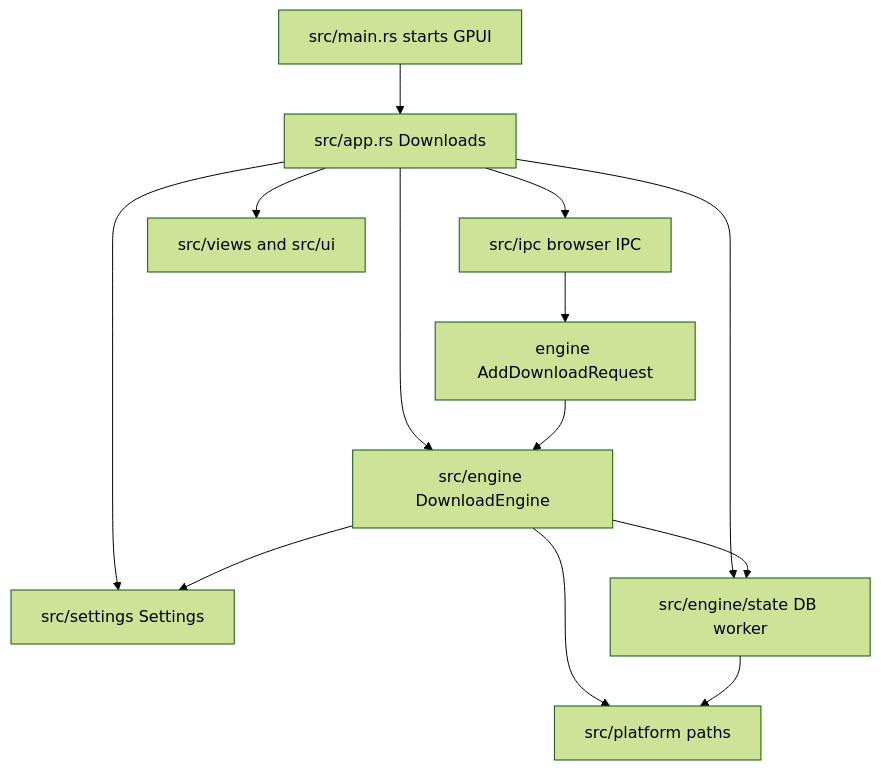
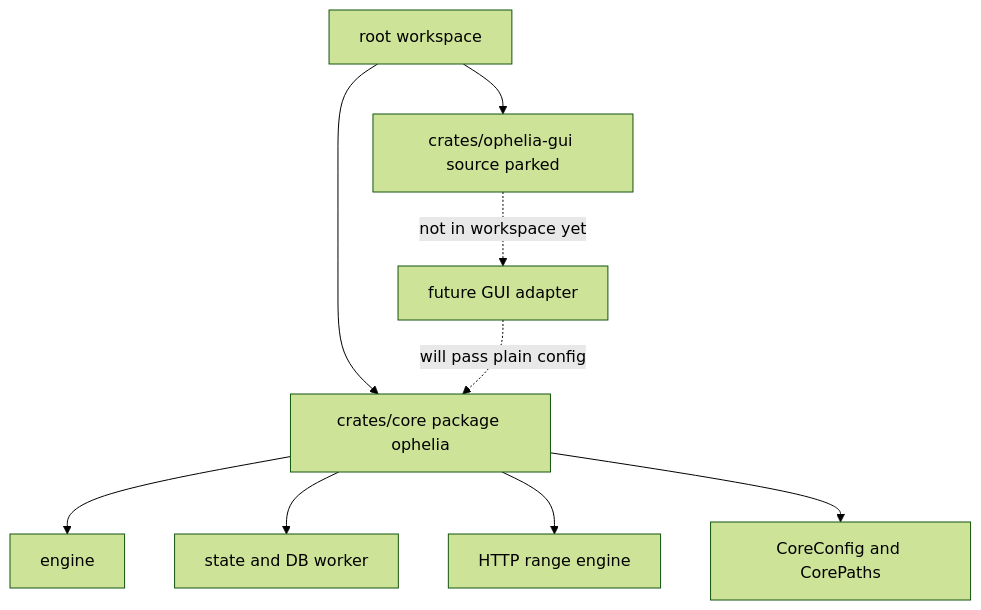
Before and after one commit to ophelianz/ophelia: the first of 9 diagrams in docs/core-diagrams.md, drawn with Mermaid (forest theme). The commit also changed other lines of this file and 106 other files, not shown here.

````diff
--- a/docs/core-diagrams.md
+++ b/docs/core-diagrams.md
@@ -7,15 +7,11 @@
 ```mermaid
 graph TD
-  Main["src/main.rs starts GPUI"] --> App["src/app.rs Downloads"]
-  App --> Engine["src/engine DownloadEngine"]
-  App --> Settings["src/settings Settings"]
-  App --> Ipc["src/ipc browser IPC"]
-  App --> Views["src/views and src/ui"]
-  App --> State["src/engine/state DB worker"]
-  Engine --> Settings
-  Engine --> State
-  Engine --> Platform["src/platform paths"]
-  State --> Platform
-  Ipc --> Request["engine AddDownloadRequest"]
-  Request --> Engine
+  Workspace["root workspace"] --> CorePackage["crates/core package ophelia"]
+  Workspace --> GuiSource["crates/ophelia-gui source parked"]
+  CorePackage --> Engine["engine"]
+  CorePackage --> State["state and DB worker"]
+  CorePackage --> Http["HTTP range engine"]
+  CorePackage --> Config["CoreConfig and CorePaths"]
+  GuiSource -. "not in workspace yet" .-> Adapter["future GUI adapter"]
+  Adapter -. "will pass plain config" .-> CorePackage
 ```
````
